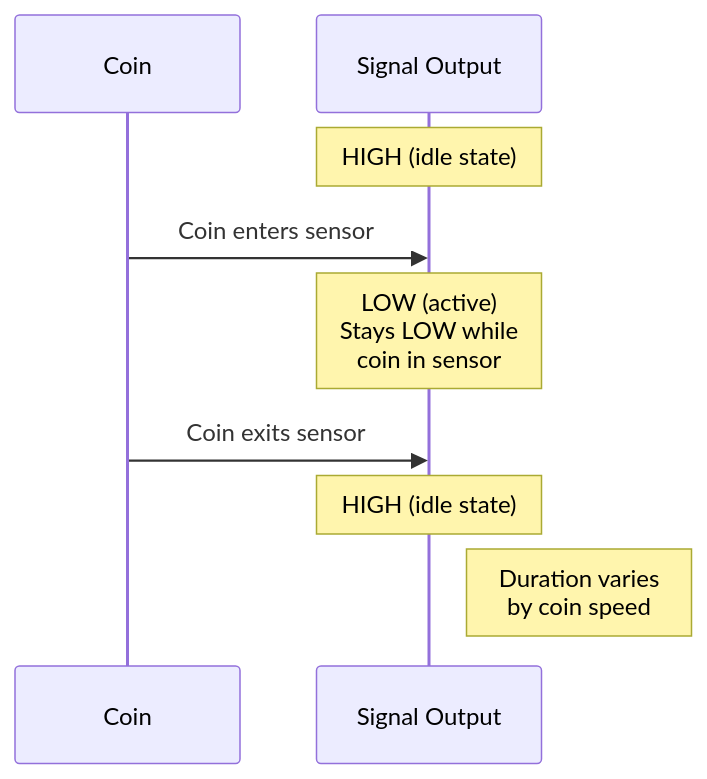
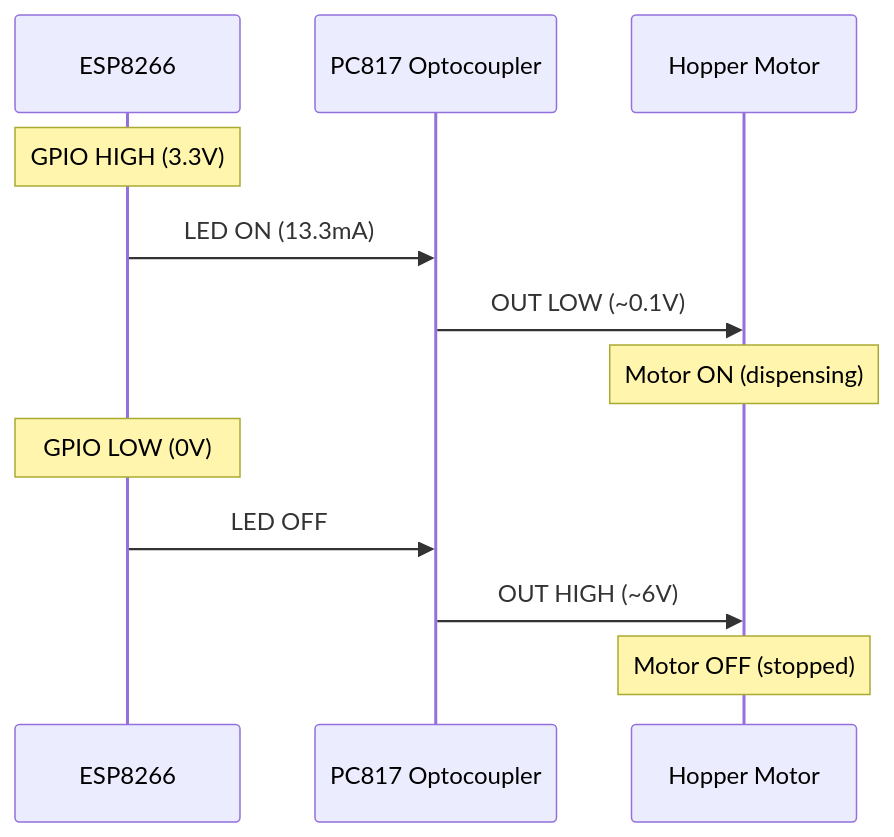
Before and after one commit to dgloeckner/remote-token-dispenser: the fifth of 28 diagrams in ARCHITECTURE.md, drawn with Mermaid. The commit also changed other lines of this file, not shown here.

Commit message:
docs: update architecture docu

````diff
--- a/ARCHITECTURE.md
+++ b/ARCHITECTURE.md
@@ -270,13 +277,16 @@
 ```mermaid
 sequenceDiagram
-    participant Coin
-    participant Signal as Signal Output
+    participant ESP8266
+    participant Optocoupler as PC817 Optocoupler
+    participant Motor as Hopper Motor
 
-    Note over Signal: HIGH (idle state)
-    Coin->>Signal: Coin enters sensor
-    Note over Signal: LOW (active)<br/>Stays LOW while<br/>coin in sensor
-    Coin->>Signal: Coin exits sensor
-    Note over Signal: HIGH (idle state)
+    Note over ESP8266: GPIO HIGH (3.3V)
+    ESP8266->>Optocoupler: LED ON (13.3mA)
+    Optocoupler->>Motor: OUT LOW (~0.1V)
+    Note over Motor: Motor ON (dispensing)
 
-    Note right of Signal: Duration varies<br/>by coin speed
+    Note over ESP8266: GPIO LOW (0V)
+    ESP8266->>Optocoupler: LED OFF
+    Optocoupler->>Motor: OUT HIGH (~6V)
+    Note over Motor: Motor OFF (stopped)
 ```
````
